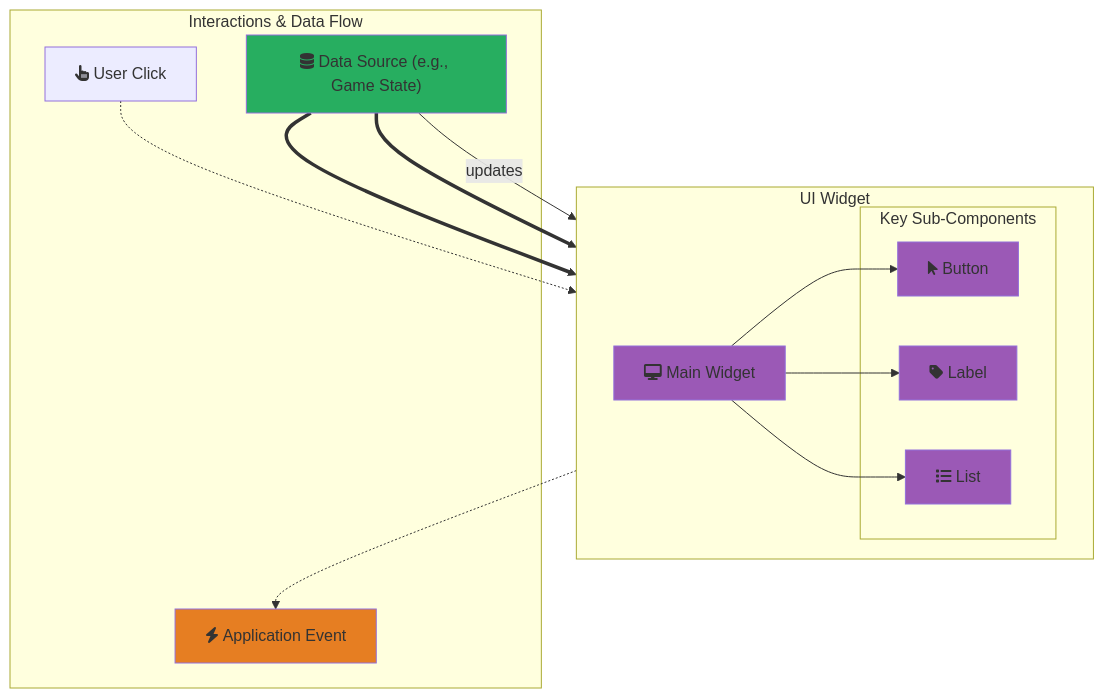
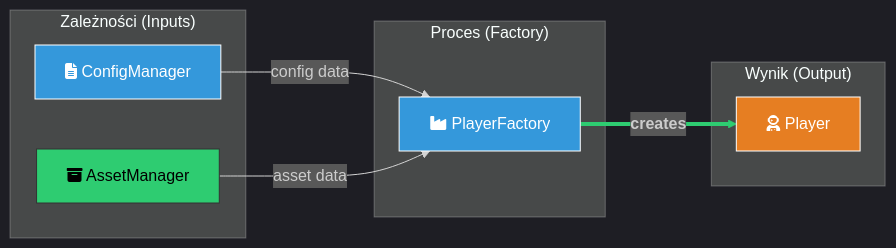
Before and after one commit to lukaszj321/otcv8-dev: the third of 58 diagrams in docs/authoring/_instructions/diagram_system/03_DESIGN_PATTERNS.md, drawn with Mermaid. The commit also changed other lines of this file, not shown here.

````diff
--- a/docs/authoring/_instructions/diagram_system/03_DESIGN_PATTERNS.md
+++ b/docs/authoring/_instructions/diagram_system/03_DESIGN_PATTERNS.md
@@ -81,30 +150,27 @@
     ```mermaid
-    graph TD
-        classDef ui fill:#9b59b6
-        classDef data fill:#27ae60
-        classDef event fill:#e67e22
+    %%{init: {'theme': 'dark'}}%%
+    graph LR
+        classDef game fill:#e67e22,stroke:#fff,color:#fff;
+        classDef core fill:#3498db,stroke:#fff,color:#fff;
+        classDef subsystem fill:#2ecc71,stroke:#333,color:#000;
+        classDef netsec fill:#c0392b,stroke:#fff,color:#fff;
 
-        DataSource["fa:fa-database Data Source (e.g., Game State)"]:::data
-        AppEvent["fa:fa-bolt Application Event"]:::event
+        subgraph "Zależności (Inputs)"
+            Config["fa:fa-file-alt ConfigManager"]:::core;
+            Assets["fa:fa-archive AssetManager"]:::subsystem;
+        end
 
-        subgraph "UI Widget"
-            direction LR
-            MainWidget["fa:fa-desktop Main Widget"]:::ui
-            subgraph "Key Sub-Components"
-                Button["fa:fa-mouse-pointer Button"]:::ui
-                Label["fa:fa-tag Label"]:::ui
-                List["fa:fa-list List"]:::ui
-            end
-            MainWidget --> Button & Label & List
+        subgraph "Proces (Factory)"
+            Factory["fa:fa-industry PlayerFactory"]:::core;
         end
-        
-        subgraph "Interactions & Data Flow"
-            UserAction["fa:fa-hand-pointer User Click"]
-            UserAction -.-> Button
-            Button -.-> AppEvent
-            DataSource ==> Label
-            DataSource ==> List
+
+        subgraph "Wynik (Output)"
+            Player["fa:fa-user-astronaut Player"]:::game;
         end
-        
-        DataSource -- "updates" --> MainWidget
+
+        Config -- "config data" --> Factory;
+        Assets -- "asset data" --> Factory;
+        Factory -- "<strong>creates</strong>" --> Player;
+
+        linkStyle 2 stroke:#2ecc71,stroke-width:4px;
     ```
````
